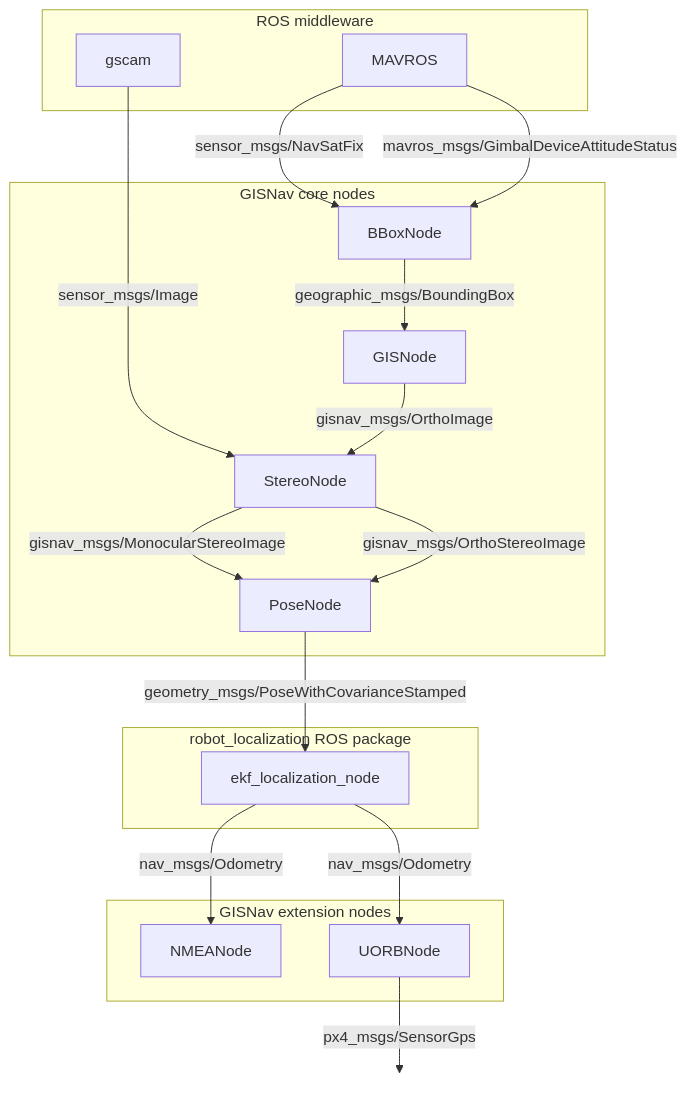
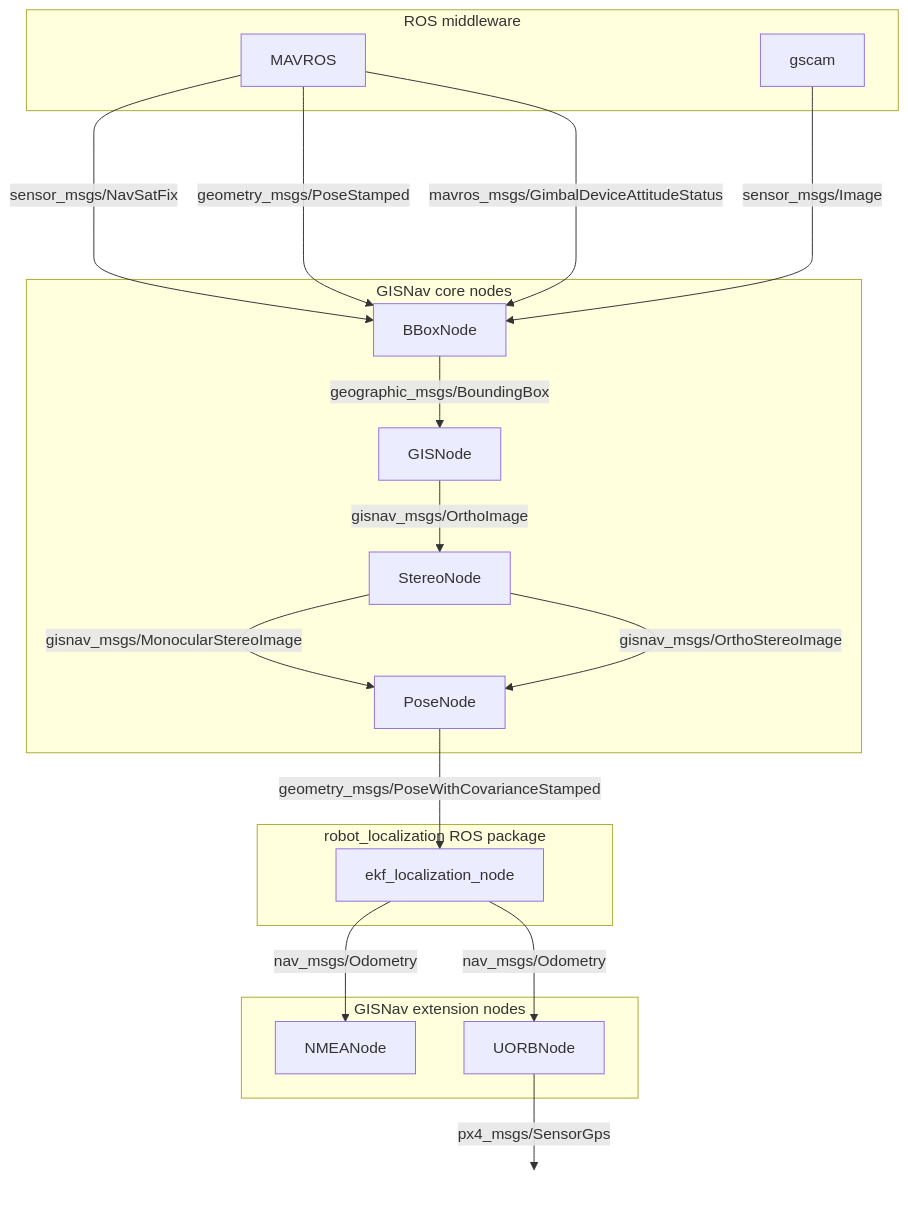
The first of 2 diagrams in docs/vitepress/docs/system-architecture.md (hmakelin/gisnav), drawn with Mermaid before and after one commit. The commit also changed 2 other files, not shown here.

Commit message:
Update GIS server section

````diff
--- a/docs/vitepress/docs/system-architecture.md
+++ b/docs/vitepress/docs/system-architecture.md
@@ -23,35 +23,36 @@
 ```mermaid
 graph TB
 
     subgraph ros_middleware["ROS middleware"]
         MAVROS
         gscam
     end
 
     MAVROS -->|"sensor_msgs/NavSatFix"| BBoxNode
+    MAVROS -->|"geometry_msgs/PoseStamped"| BBoxNode
     MAVROS -->|"mavros_msgs/GimbalDeviceAttitudeStatus"| BBoxNode
-    gscam ---->|"sensor_msgs/Image"| StereoNode
+    gscam ---->|"sensor_msgs/Image"| BBoxNode
 
     subgraph core["GISNav core nodes"]
         BBoxNode -->|"geographic_msgs/BoundingBox"| GISNode
         GISNode -->|"gisnav_msgs/OrthoImage"| StereoNode
         StereoNode -->|"gisnav_msgs/MonocularStereoImage"| PoseNode
         StereoNode -->|"gisnav_msgs/OrthoStereoImage"| PoseNode
     end
 
     subgraph extension["GISNav extension nodes"]
         NMEANode["NMEANode"]
         UORBNode["UORBNode"]
     end
 
     subgraph robot_localization["robot_localization ROS package"]
         ekf["ekf_localization_node"] -->|"nav_msgs/Odometry"| UORBNode
         ekf["ekf_localization_node"] -->|"nav_msgs/Odometry"| NMEANode
     end
 
     PoseNode -->|"geometry_msgs/PoseWithCovarianceStamped"| ekf
     UORBNode -->|"px4_msgs/SensorGps"| micro_ros_agent[" "]
 
     style micro_ros_agent fill-opacity:0, stroke-opacity:0;
 
 ```
````
